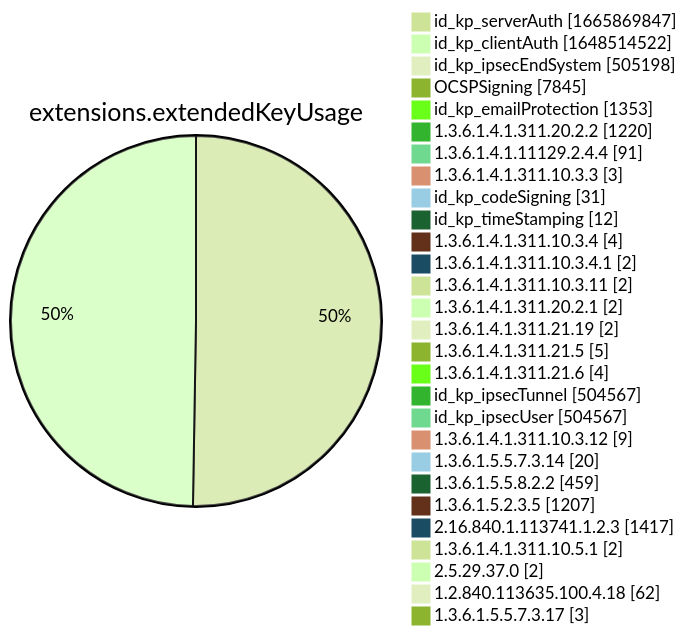
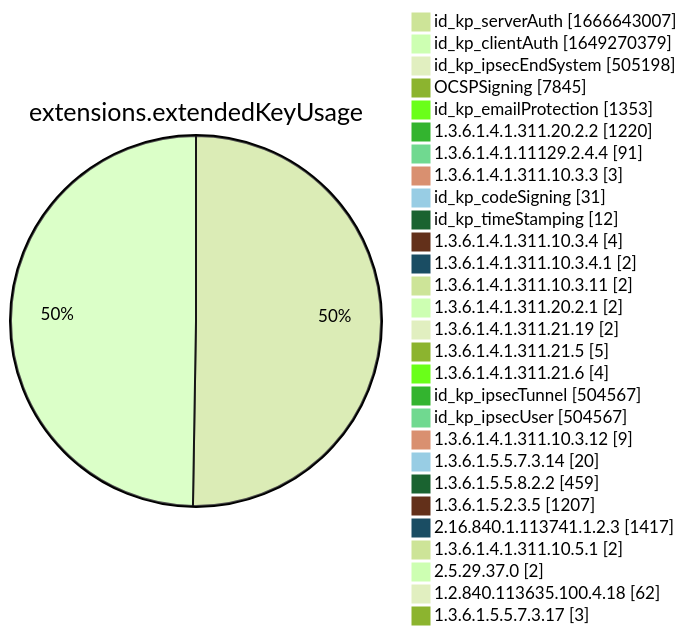
Before and after one commit to christiankrug/ctmonitor_visualization: diagram 12 of 15 in xenon2022/README.md, drawn with Mermaid (forest theme). The commit also changed other lines of this file, not shown here.

````diff
--- a/xenon2022/README.md
+++ b/xenon2022/README.md
@@ -3887,32 +3887,32 @@
 ```mermaid
 pie showData
 title extensions.extendedKeyUsage
-"id_kp_serverAuth" :1665869847
-"id_kp_clientAuth" :1648514522
+"id_kp_serverAuth" :1666643007
+"id_kp_clientAuth" :1649270379
 "id_kp_ipsecEndSystem" :505198
 "OCSPSigning" :7845
 "id_kp_emailProtection" :1353
 "1.3.6.1.4.1.311.20.2.2" :1220
 "1.3.6.1.4.1.11129.2.4.4" :91
 "1.3.6.1.4.1.311.10.3.3" :3
 "id_kp_codeSigning" :31
 "id_kp_timeStamping" :12
 "1.3.6.1.4.1.311.10.3.4" :4
 "1.3.6.1.4.1.311.10.3.4.1" :2
 "1.3.6.1.4.1.311.10.3.11" :2
 "1.3.6.1.4.1.311.20.2.1" :2
 "1.3.6.1.4.1.311.21.19" :2
 "1.3.6.1.4.1.311.21.5" :5
 "1.3.6.1.4.1.311.21.6" :4
 "id_kp_ipsecTunnel" :504567
 "id_kp_ipsecUser" :504567
 "1.3.6.1.4.1.311.10.3.12" :9
 "1.3.6.1.5.5.7.3.14" :20
 "1.3.6.1.5.5.8.2.2" :459
 "1.3.6.1.5.2.3.5" :1207
 "2.16.840.1.113741.1.2.3" :1417
 "1.3.6.1.4.1.311.10.5.1" :2
 "2.5.29.37.0" :2
 "1.2.840.113635.100.4.18" :62
 "1.3.6.1.5.5.7.3.17" :3
 ```
````
